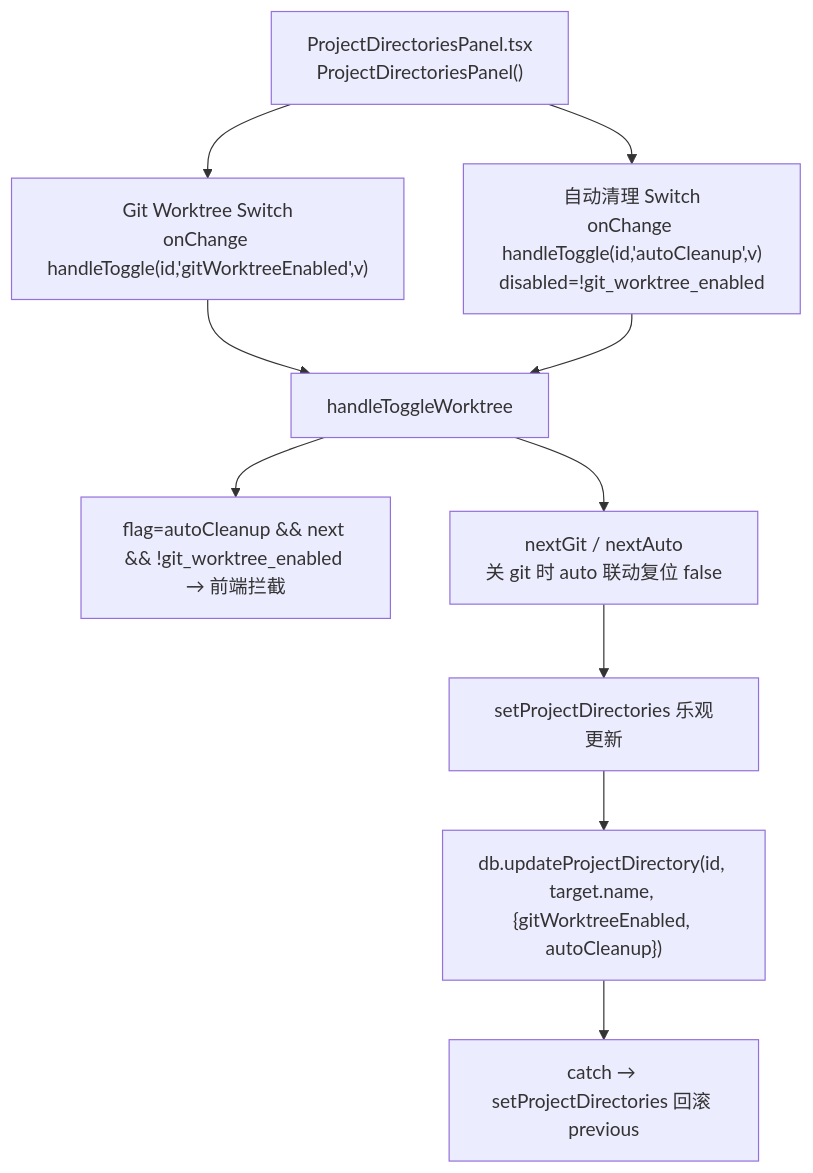
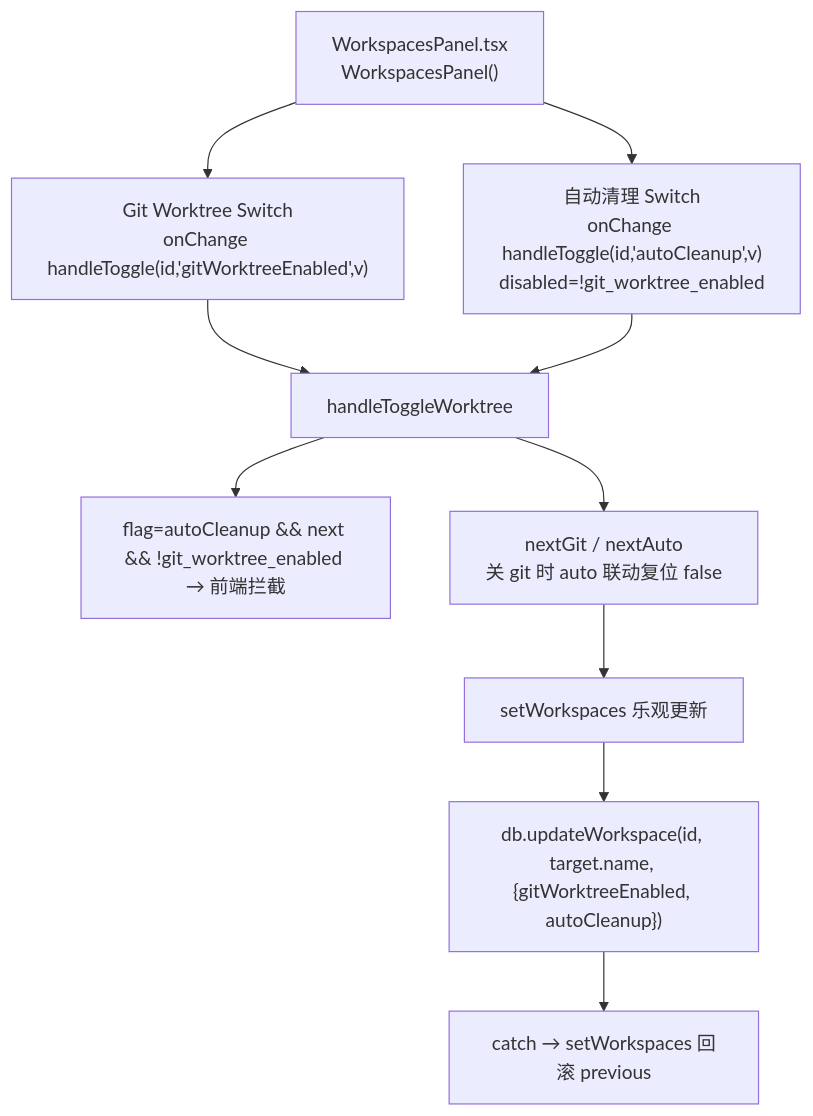
One commit to weibaohui/ntd changed the second of 4 diagrams in frontend/src/help/pages/ws-toggle-worktree.md. Above: the diagram before and after it, drawn with Mermaid. The commit also changed other lines of this file and 122 other files, not shown here.

First line of the commit message:
refactor(104): 工作空间命名统一——project_directory 全套改为 workspace (#1054)

````diff
--- a/frontend/src/help/pages/ws-toggle-worktree.md
+++ b/frontend/src/help/pages/ws-toggle-worktree.md
@@ -21,12 +21,12 @@
 ```mermaid
 flowchart TD
-  Panel["ProjectDirectoriesPanel.tsx<br>ProjectDirectoriesPanel()"] --> WorktreeSwitch["Git Worktree Switch<br>onChange handleToggle(id,'gitWorktreeEnabled',v)"]
+  Panel["WorkspacesPanel.tsx<br>WorkspacesPanel()"] --> WorktreeSwitch["Git Worktree Switch<br>onChange handleToggle(id,'gitWorktreeEnabled',v)"]
   Panel --> AutoCleanupSwitch["自动清理 Switch<br>onChange handleToggle(id,'autoCleanup',v)<br>disabled=!git_worktree_enabled"]
   WorktreeSwitch --> handleToggleWorktree["handleToggleWorktree"]
   AutoCleanupSwitch --> handleToggleWorktree
   handleToggleWorktree --> guardCheck["flag=autoCleanup && next && !git_worktree_enabled → 前端拦截"]
   handleToggleWorktree --> computeNext["nextGit / nextAuto<br>关 git 时 auto 联动复位 false"]
-  computeNext --> optimistic["setProjectDirectories 乐观更新"]
-  optimistic --> db1["db.updateProjectDirectory(id, target.name, {gitWorktreeEnabled, autoCleanup})"]
-  db1 --> rollbackOnError["catch → setProjectDirectories 回滚 previous"]
+  computeNext --> optimistic["setWorkspaces 乐观更新"]
+  optimistic --> db1["db.updateWorkspace(id, target.name, {gitWorktreeEnabled, autoCleanup})"]
+  db1 --> rollbackOnError["catch → setWorkspaces 回滚 previous"]
 ```
````
